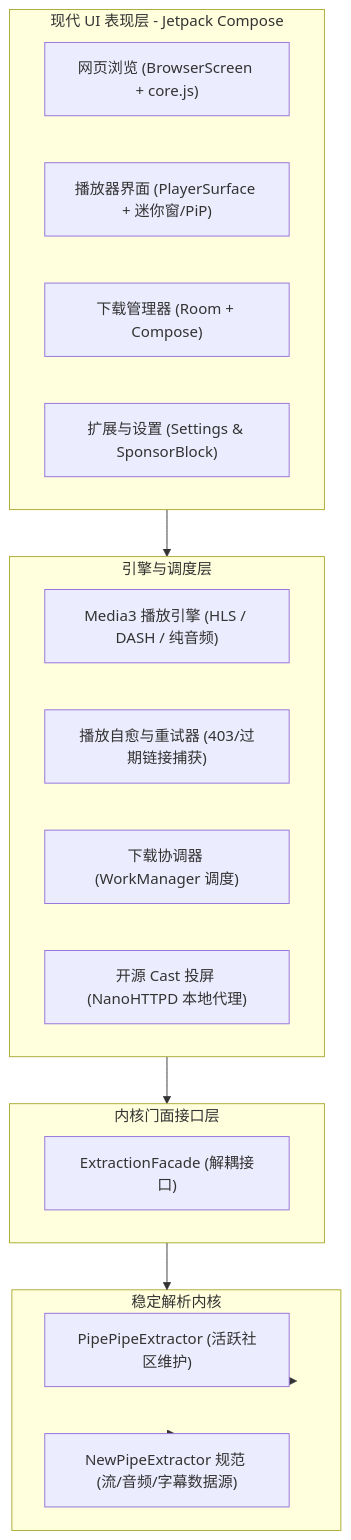
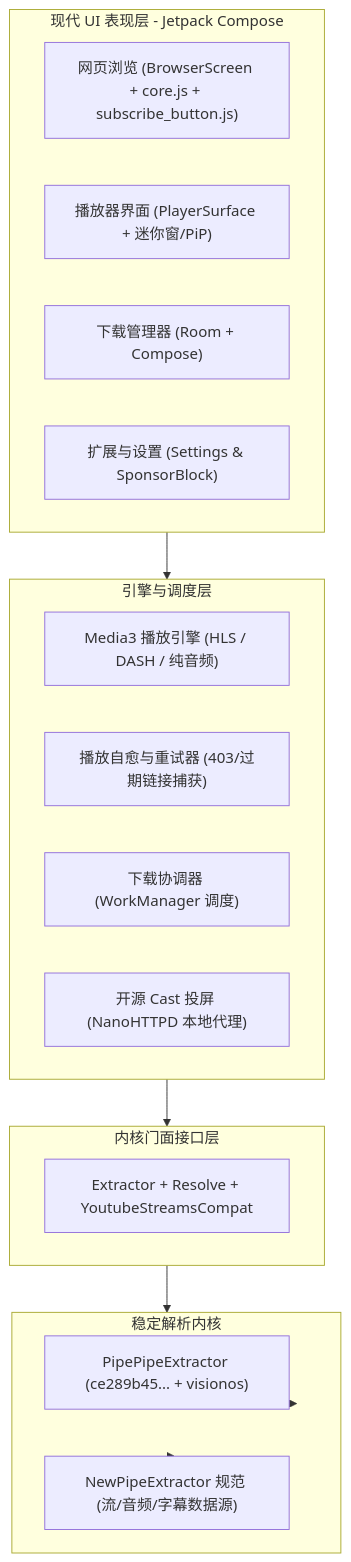
The diagram in MIGRATION_PLAN.md (Kasazaki4090/Litetube), drawn with Mermaid before and after one commit. The commit also changed other lines of this file and 4 other files, not shown here.

Commit message:
chore(extractor): add YoutubeStreamsCompat shim and finalize v3 PipePipe migration

````diff
--- a/MIGRATION_PLAN.md
+++ b/MIGRATION_PLAN.md
@@ -27,31 +24,31 @@
 ```mermaid
 graph TD
     subgraph UI_Layer [现代 UI 表现层 - Jetpack Compose]
-        BrowserScreen["网页浏览 (BrowserScreen + core.js)"]
+        BrowserScreen["网页浏览 (BrowserScreen + core.js + subscribe_button.js)"]
         PlayerSurface["播放器界面 (PlayerSurface + 迷你窗/PiP)"]
         DownloaderUI["下载管理器 (Room + Compose)"]
         ExtensionUI["扩展与设置 (Settings & SponsorBlock)"]
     end
 
     subgraph Core_Engine [引擎与调度层]
         PlaybackEngine["Media3 播放引擎 (HLS / DASH / 纯音频)"]
         PlaybackRecovery["播放自愈与重试器 (403/过期链接捕获)"]
         DownloadCoordinator["下载协调器 (WorkManager 调度)"]
         CastController["开源 Cast 投屏 (NanoHTTPD 本地代理)"]
     end
 
     subgraph Kernel_Facade [内核门面接口层]
-        ExtractionFacade["ExtractionFacade (解耦接口)"]
+        ExtractionFacade["Extractor + Resolve + YoutubeStreamsCompat"]
     end
 
     subgraph Mature_Kernel [稳定解析内核]
-        PipepipeExtractor["PipePipeExtractor (活跃社区维护)"]
+        PipepipeExtractor["PipePipeExtractor (ce289b45... + visionos)"]
         NewPipeBase["NewPipeExtractor 规范 (流/音频/字幕数据源)"]
     end
 
     UI_Layer --> Core_Engine
     Core_Engine --> Kernel_Facade
     Kernel_Facade --> Mature_Kernel
     Mature_Kernel --> PipepipeExtractor
     Mature_Kernel --> NewPipeBase
 ```
````
